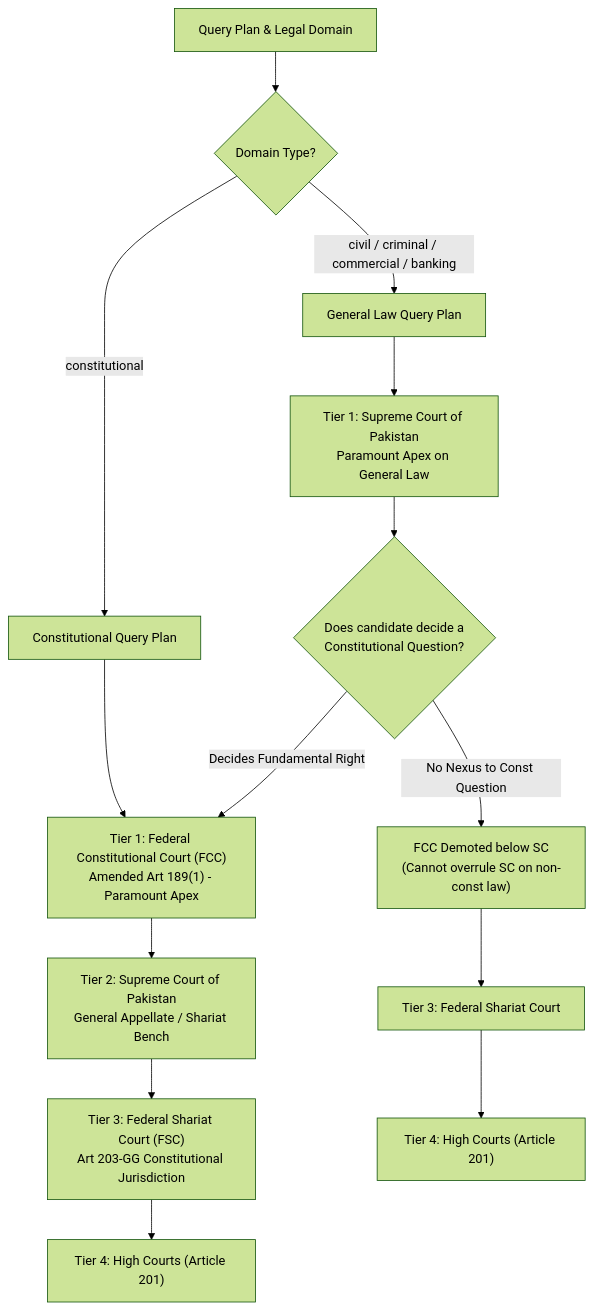
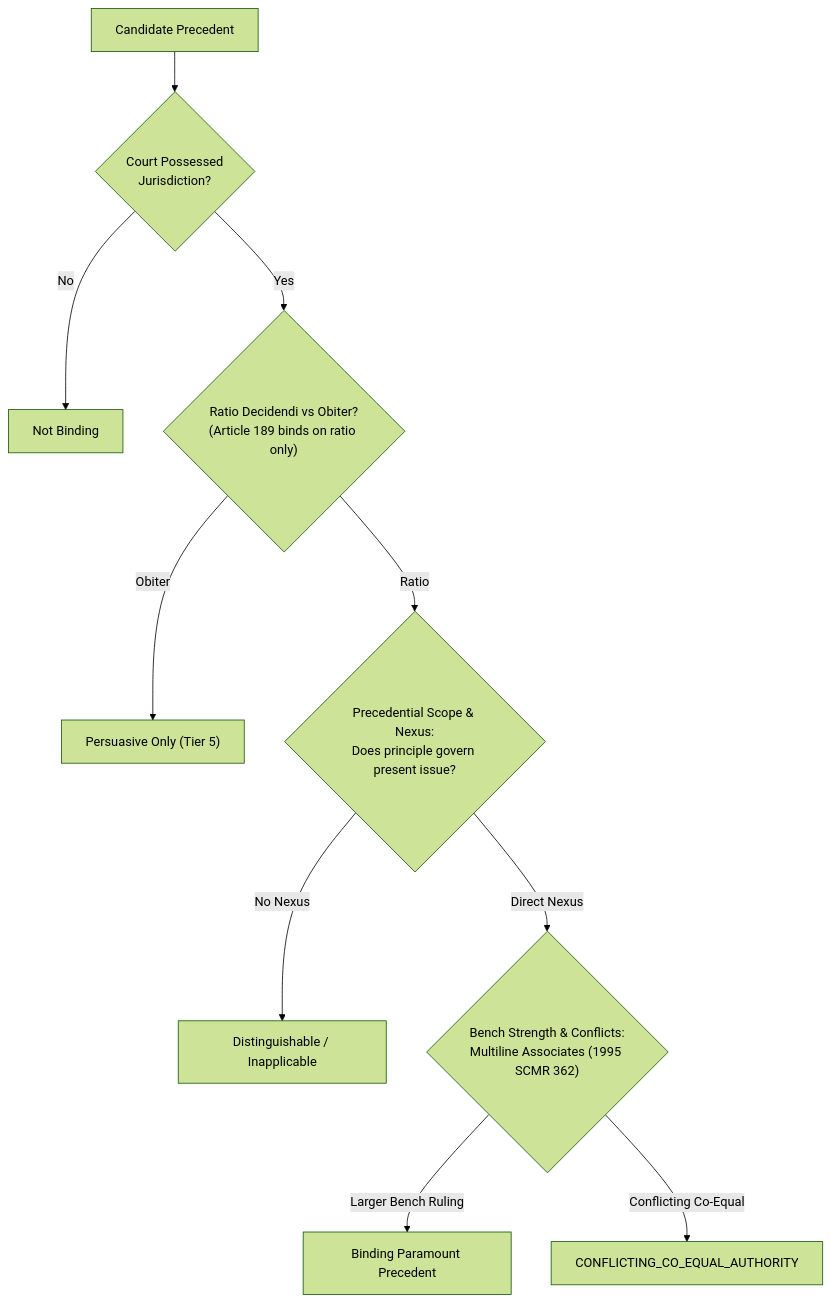
One commit to abdulkabeerkhan-dev/lawyer-Backend changed the first of 2 diagrams in PHASE4_STEP5_IMPLEMENTATION_PLAN.md. Above: the diagram before and after it, drawn with Mermaid (forest theme). The commit also changed other lines of this file, not shown here.

Commit message:
docs(plan): upgrade implementation plan to v1.3.0 resolving all pre-authorization audit findings

````diff
--- a/PHASE4_STEP5_IMPLEMENTATION_PLAN.md
+++ b/PHASE4_STEP5_IMPLEMENTATION_PLAN.md
@@ -119,18 +139,12 @@
 ```mermaid
 flowchart TD
-    QP["Query Plan & Legal Domain"] --> DomainCheck{"Domain Type?"}
-
-    DomainCheck -- "constitutional" --> ConstPath["Constitutional Query Plan"]
-    ConstPath --> FCC_Apex["Tier 1: Federal Constitutional Court (FCC)<br/>Amended Art 189(1) - Paramount Apex"]
-    FCC_Apex --> SC_App["Tier 2: Supreme Court of Pakistan<br/>General Appellate / Shariat Bench"]
-    SC_App --> FSC_Spec["Tier 3: Federal Shariat Court (FSC)<br/>Art 203-GG Constitutional Jurisdiction"]
-    FSC_Spec --> HC_Prov["Tier 4: High Courts (Article 201)"]
-
-    DomainCheck -- "civil / criminal / commercial / banking" --> GenPath["General Law Query Plan"]
-    GenPath --> SC_Paramount["Tier 1: Supreme Court of Pakistan<br/>Paramount Apex on General Law"]
-    SC_Paramount --> FCC_SubjCheck{"Does candidate decide a<br/>Constitutional Question?"}
-    FCC_SubjCheck -- "No Nexus to Const Question" --> FCC_Demoted["FCC Demoted below SC<br/>(Cannot overrule SC on non-const law)"]
-    FCC_SubjCheck -- "Decides Fundamental Right" --> FCC_Apex
-    FCC_Demoted --> FSC_Spec2["Tier 3: Federal Shariat Court"]
-    FSC_Spec2 --> HC_Prov2["Tier 4: High Courts (Article 201)"]
+    Q["Candidate Precedent"] --> JCheck{"Court Possessed<br/>Jurisdiction?"}
+    JCheck -- No --> Drop["Not Binding"]
+    JCheck -- Yes --> RatioCheck{"Ratio Decidendi vs Obiter?<br/>(Article 189 binds on ratio only)"}
+    RatioCheck -- Obiter --> Persuasive["Persuasive Only (Tier 5)"]
+    RatioCheck -- Ratio --> NexusCheck{"Precedential Scope & Nexus:<br/>Does principle govern present issue?"}
+    NexusCheck -- No Nexus --> Disting["Distinguishable / Inapplicable"]
+    NexusCheck -- Direct Nexus --> BenchCheck{"Bench Strength & Conflicts:<br/>Multiline Associates (1995 SCMR 362)"}
+    BenchCheck -- Larger Bench Ruling --> BindingApex["Binding Paramount Precedent"]
+    BenchCheck -- Conflicting Co-Equal --> ConflictState["CONFLICTING_CO_EQUAL_AUTHORITY"]
 ```
````
